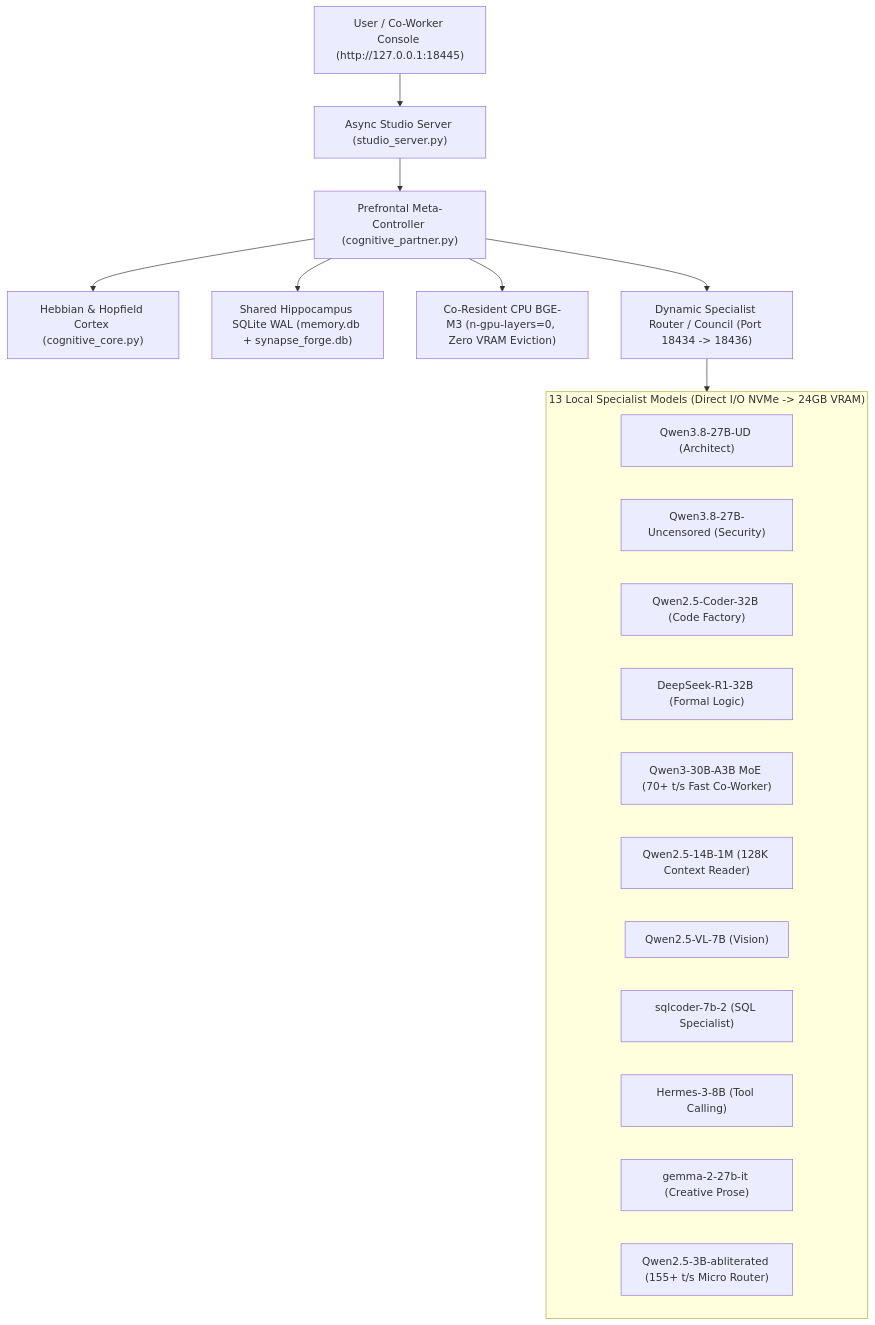
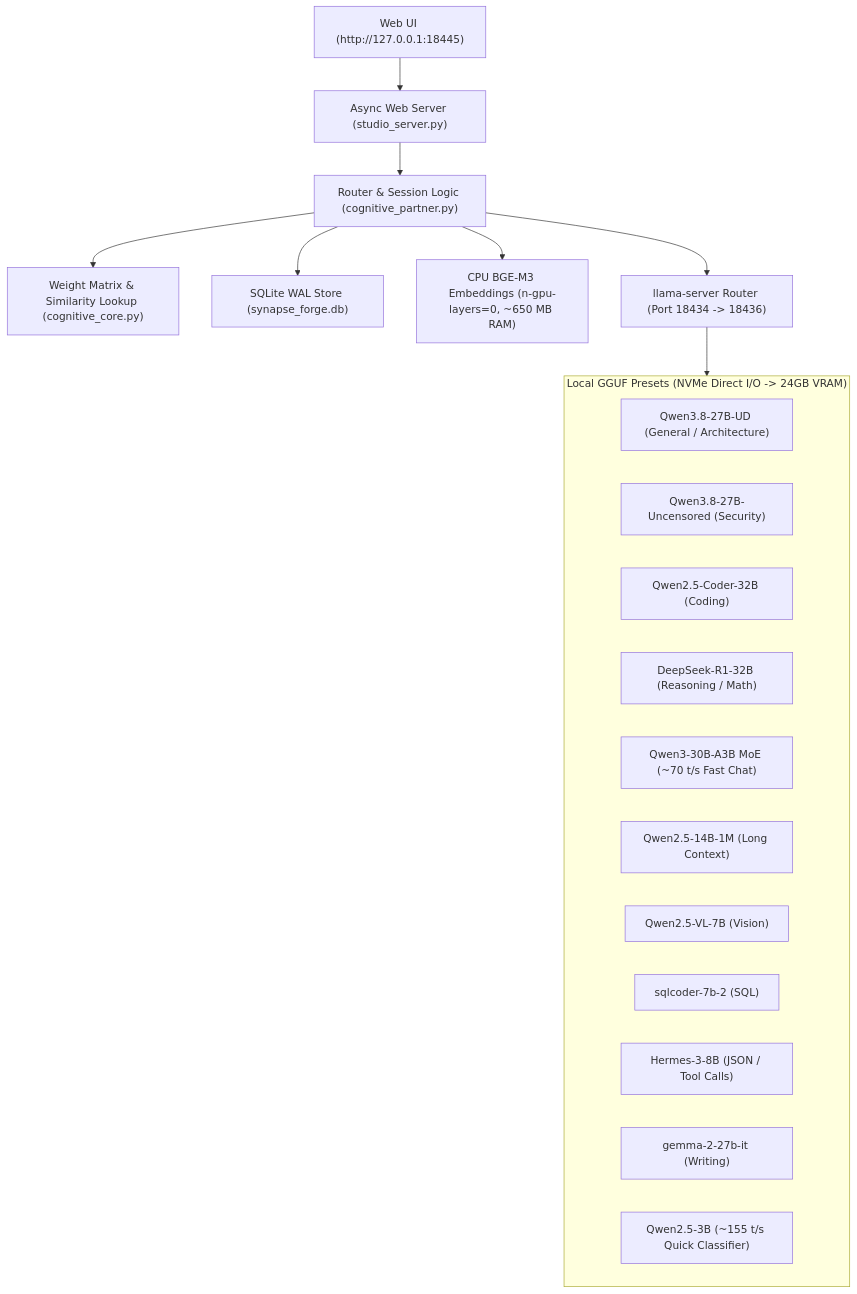
The diagram in README.md (martynmcintee-tech/synapse-mind), drawn with Mermaid before and after one commit. The commit also changed other lines of this file, not shown here.

````diff
--- a/README.md
+++ b/README.md
@@ -17,25 +13,25 @@
 ```mermaid
 flowchart TD
-    User["User / Co-Worker Console (http://127.0.0.1:18445)"] --> Server["Async Studio Server (studio_server.py)"]
-    Server --> Partner["Prefrontal Meta-Controller (cognitive_partner.py)"]
-    Partner --> Core["Hebbian & Hopfield Cortex (cognitive_core.py)"]
-    Partner --> Hippocampus["Shared Hippocampus SQLite WAL (memory.db + synapse_forge.db)"]
-    Partner --> Embed["Co-Resident CPU BGE-M3 (n-gpu-layers=0, Zero VRAM Eviction)"]
-    Partner --> Router["Dynamic Specialist Router / Council (Port 18434 -> 18436)"]
+    User["Web UI (http://127.0.0.1:18445)"] --> Server["Async Web Server (studio_server.py)"]
+    Server --> Partner["Router & Session Logic (cognitive_partner.py)"]
+    Partner --> Core["Weight Matrix & Similarity Lookup (cognitive_core.py)"]
+    Partner --> DB["SQLite WAL Store (synapse_forge.db)"]
+    Partner --> Embed["CPU BGE-M3 Embeddings (n-gpu-layers=0, ~650 MB RAM)"]
+    Partner --> Router["llama-server Router (Port 18434 -> 18436)"]
 
-    subgraph Fleet["13 Local Specialist Models (Direct I/O NVMe -> 24GB VRAM)"]
-        M0["Qwen3.8-27B-UD (Architect)"]
+    subgraph Fleet["Local GGUF Presets (NVMe Direct I/O -> 24GB VRAM)"]
+        M0["Qwen3.8-27B-UD (General / Architecture)"]
         M1["Qwen3.8-27B-Uncensored (Security)"]
-        M2["Qwen2.5-Coder-32B (Code Factory)"]
-        M3["DeepSeek-R1-32B (Formal Logic)"]
-        M4["Qwen3-30B-A3B MoE (70+ t/s Fast Co-Worker)"]
-        M5["Qwen2.5-14B-1M (128K Context Reader)"]
+        M2["Qwen2.5-Coder-32B (Coding)"]
+        M3["DeepSeek-R1-32B (Reasoning / Math)"]
+        M4["Qwen3-30B-A3B MoE (~70 t/s Fast Chat)"]
+        M5["Qwen2.5-14B-1M (Long Context)"]
         M6["Qwen2.5-VL-7B (Vision)"]
-        M7["sqlcoder-7b-2 (SQL Specialist)"]
-        M8["Hermes-3-8B (Tool Calling)"]
-        M9["gemma-2-27b-it (Creative Prose)"]
-        M10["Qwen2.5-3B-abliterated (155+ t/s Micro Router)"]
+        M7["sqlcoder-7b-2 (SQL)"]
+        M8["Hermes-3-8B (JSON / Tool Calls)"]
+        M9["gemma-2-27b-it (Writing)"]
+        M10["Qwen2.5-3B (~155 t/s Quick Classifier)"]
     end
 
     Router --> Fleet
 ```
````
